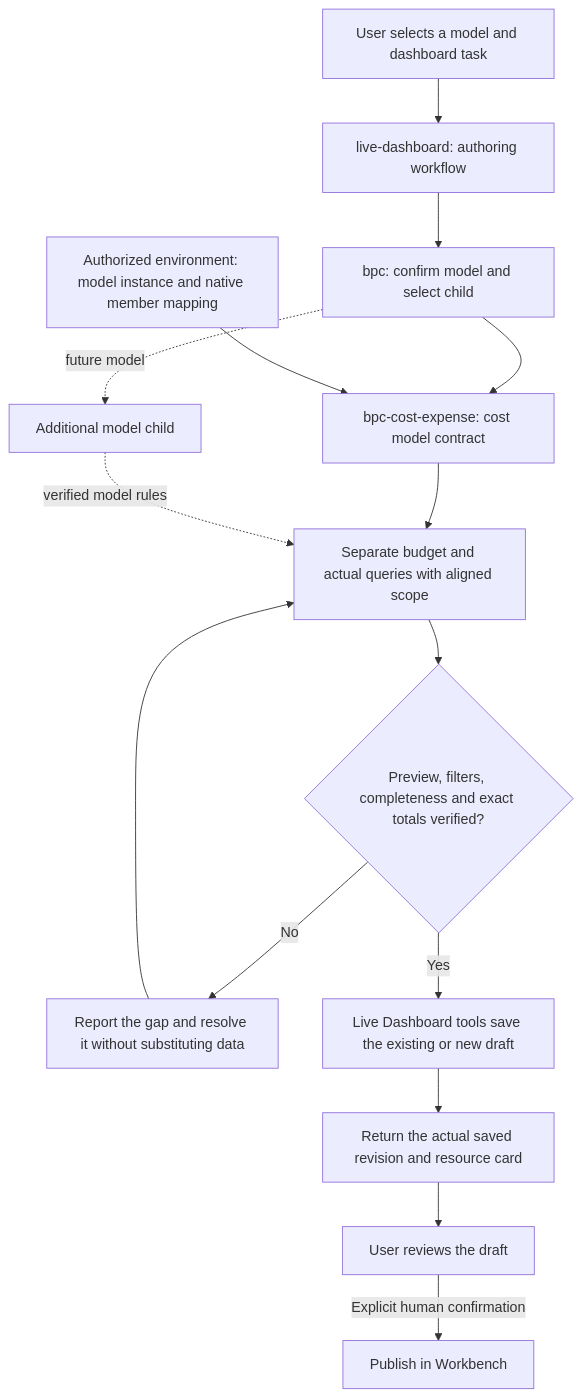
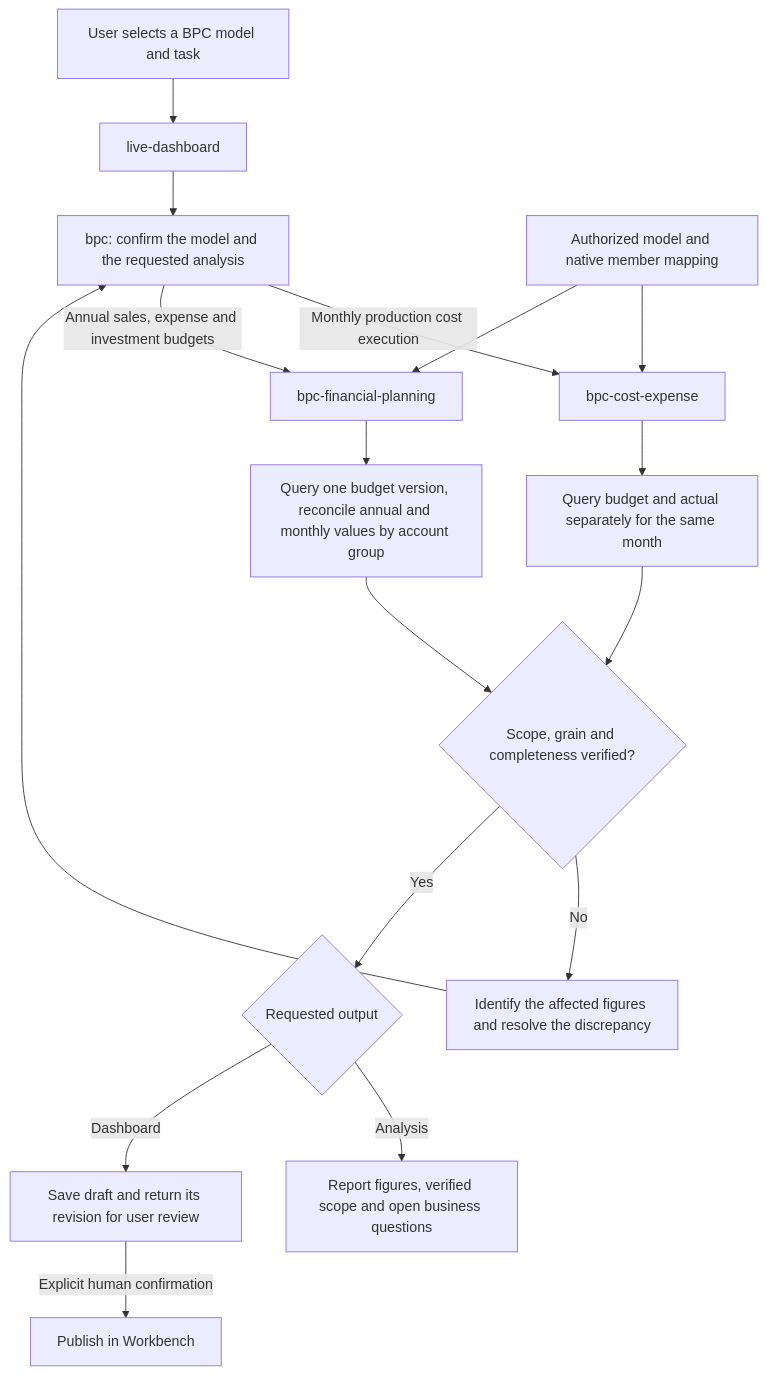
One commit to xpert-ai/xpert-plugins changed the diagram in xpertai/apps/live-dashboard/skills/bpc/references/workflow.md. Above: the diagram before and after it, drawn with Mermaid. The commit also changed other lines of this file and 15 other files, not shown here.

Commit message:
Add the annual BPC financial planning skill

````diff
--- a/xpertai/apps/live-dashboard/skills/bpc/references/workflow.md
+++ b/xpertai/apps/live-dashboard/skills/bpc/references/workflow.md
@@ -7,17 +6,19 @@
 ```mermaid
 flowchart TD
-    Request[User selects a model and dashboard task] --> Live[live-dashboard: authoring workflow]
-    Live --> Parent[bpc: confirm model and select child]
-    Parent --> Cost[bpc-cost-expense: cost model contract]
-    Parent -. future model .-> Future[Additional model child]
-    Binding[Authorized environment: model instance and native member mapping] --> Cost
-    Cost --> Query[Separate budget and actual queries with aligned scope]
-    Future -. verified model rules .-> Query
-    Query --> Check{Preview, filters, completeness and exact totals verified?}
-    Check -->|No| Resolve[Report the gap and resolve it without substituting data]
-    Resolve --> Query
-    Check -->|Yes| Draft[Live Dashboard tools save the existing or new draft]
-    Draft --> Receipt[Return the actual saved revision and resource card]
-    Receipt --> Review[User reviews the draft]
-    Review -->|Explicit human confirmation| Publish[Publish in Workbench]
+    Request[User selects a BPC model and task] --> Live[live-dashboard]
+    Live --> Parent[bpc: confirm the model and the requested analysis]
+    Parent -->|Monthly production cost execution| Cost[bpc-cost-expense]
+    Parent -->|Annual sales, expense and investment budgets| Planning[bpc-financial-planning]
+    Binding[Authorized model and native member mapping] --> Cost
+    Binding --> Planning
+    Cost --> Compare[Query budget and actual separately for the same month]
+    Planning --> Reconcile[Query one budget version, reconcile annual and monthly values by account group]
+    Compare --> Check{Scope, grain and completeness verified?}
+    Reconcile --> Check
+    Check -->|No| Gap[Identify the affected figures and resolve the discrepancy]
+    Gap --> Parent
+    Check -->|Yes| Intent{Requested output}
+    Intent -->|Analysis| Report[Report figures, verified scope and open business questions]
+    Intent -->|Dashboard| Draft[Save draft and return its revision for user review]
+    Draft -->|Explicit human confirmation| Publish[Publish in Workbench]
 ```
````
